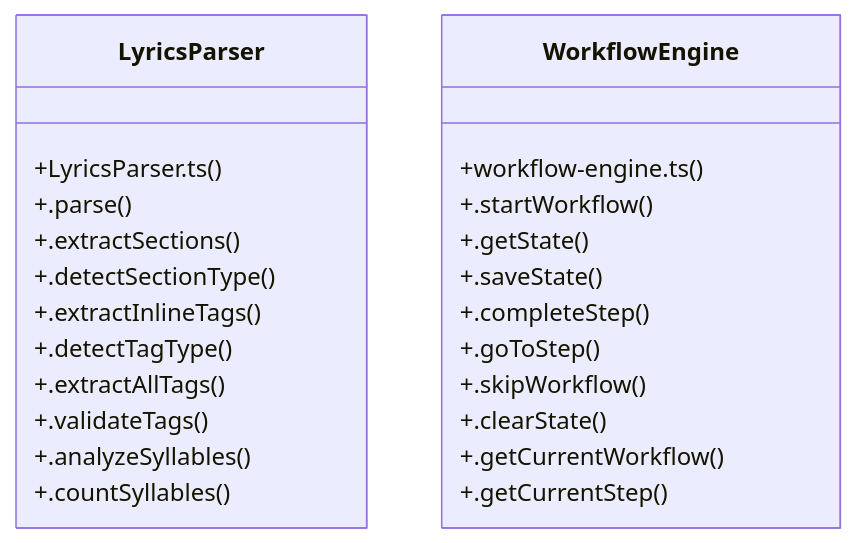
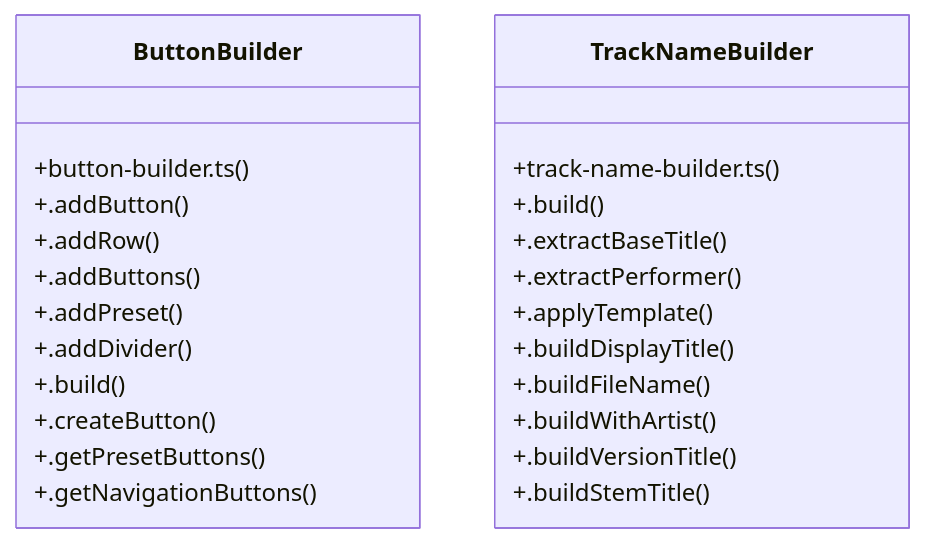
One commit to HOW2AI-AGENCY/aimusicverse changed the diagram in graphify-out/wiki/Lyric_Generation.md. Above: the diagram before and after it, drawn with Mermaid. The commit also changed other lines of this file and 624 other files, not shown here.

````diff
--- a/graphify-out/wiki/Lyric_Generation.md
+++ b/graphify-out/wiki/Lyric_Generation.md
@@ -36,27 +36,27 @@
 ```mermaid
 classDiagram
-    class LyricsParser {
-        +LyricsParser.ts()
-        +.parse()
-        +.extractSections()
-        +.detectSectionType()
-        +.extractInlineTags()
-        +.detectTagType()
-        +.extractAllTags()
-        +.validateTags()
-        +.analyzeSyllables()
-        +.countSyllables()
+    class ButtonBuilder {
+        +button-builder.ts()
+        +.addButton()
+        +.addRow()
+        +.addButtons()
+        +.addPreset()
+        +.addDivider()
+        +.build()
+        +.createButton()
+        +.getPresetButtons()
+        +.getNavigationButtons()
     }
-    class WorkflowEngine {
-        +workflow-engine.ts()
-        +.startWorkflow()
-        +.getState()
-        +.saveState()
-        +.completeStep()
-        +.goToStep()
-        +.skipWorkflow()
-        +.clearState()
-        +.getCurrentWorkflow()
-        +.getCurrentStep()
+    class TrackNameBuilder {
+        +track-name-builder.ts()
+        +.build()
+        +.extractBaseTitle()
+        +.extractPerformer()
+        +.applyTemplate()
+        +.buildDisplayTitle()
+        +.buildFileName()
+        +.buildWithArtist()
+        +.buildVersionTitle()
+        +.buildStemTitle()
     }
 ```
````
